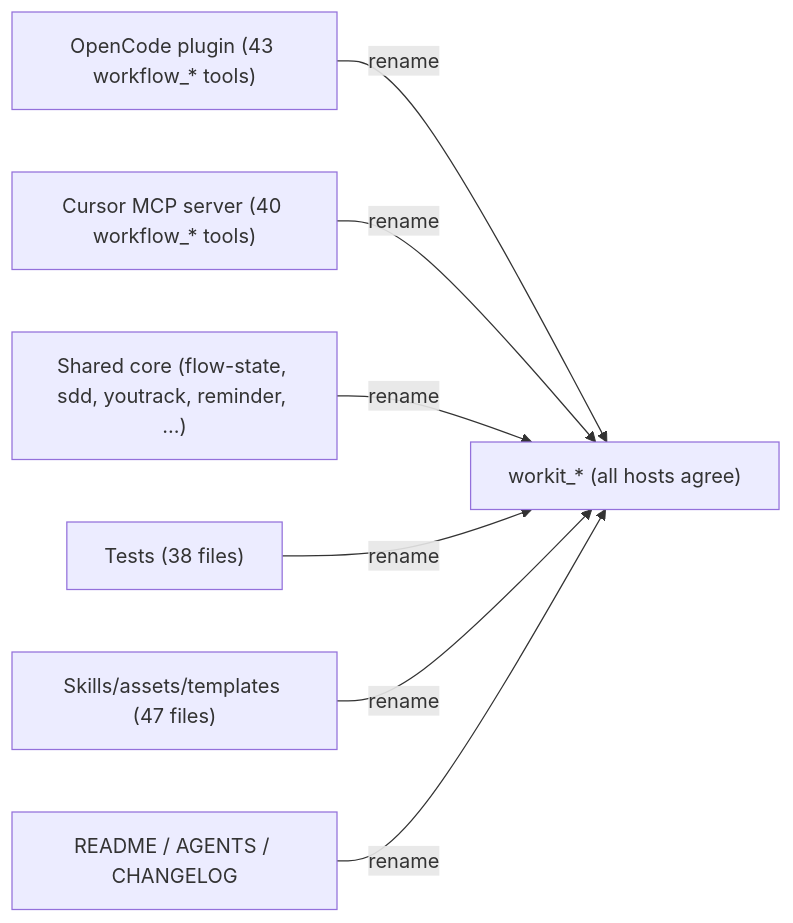
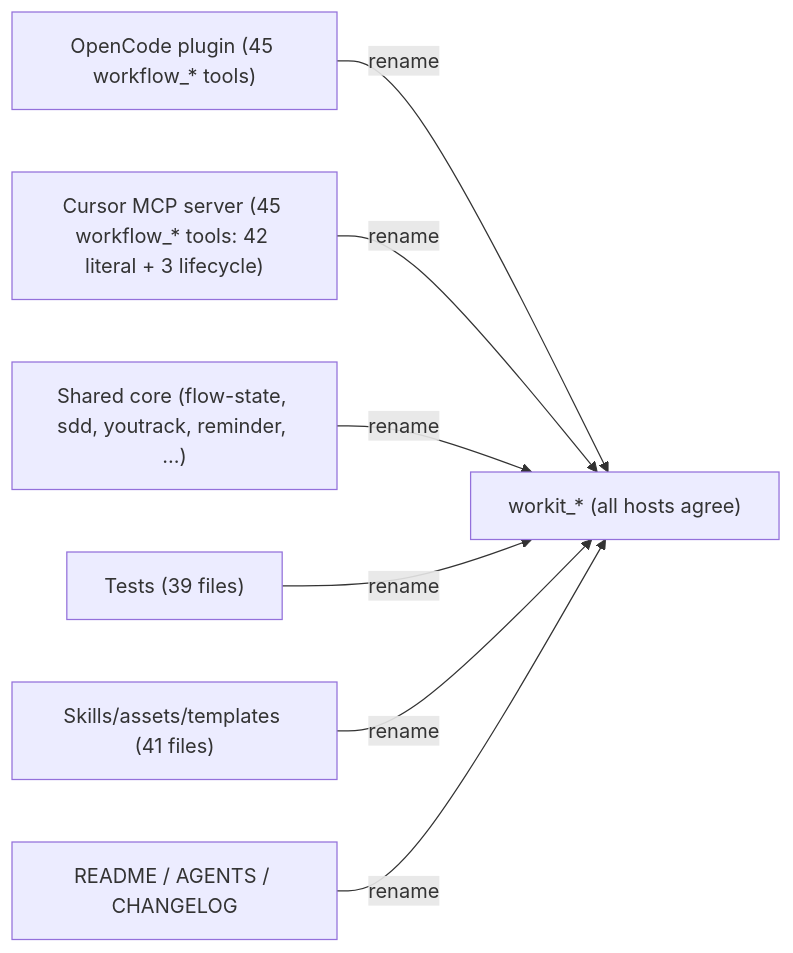
The diagram in docs/workit-tool-rename/spec.md (BrainerVirus/workit), drawn with Mermaid before and after one commit. The commit also changed other lines of this file and 1 other file, not shown here.

Commit message:
docs: refresh workit rename inventory post-#58

````diff
--- a/docs/workit-tool-rename/spec.md
+++ b/docs/workit-tool-rename/spec.md
@@ -30,17 +30,17 @@
 ```mermaid
 flowchart LR
   %% workflow_* -> workit_* tool rename
-  opencode["OpenCode plugin (43 workflow_* tools)"]
-  cursor["Cursor MCP server (40 workflow_* tools)"]
+  opencode["OpenCode plugin (45 workflow_* tools)"]
+  cursor["Cursor MCP server (45 workflow_* tools: 42 literal + 3 lifecycle)"]
   core["Shared core (flow-state, sdd, youtrack, reminder, ...)"]
-  tests["Tests (38 files)"]
-  skills["Skills/assets/templates (47 files)"]
+  tests["Tests (39 files)"]
+  skills["Skills/assets/templates (41 files)"]
   docs["README / AGENTS / CHANGELOG"]
   target["workit_* (all hosts agree)"]
   opencode -->|rename| target
   cursor -->|rename| target
   core -->|rename| target
   tests -->|rename| target
   skills -->|rename| target
   docs -->|rename| target
 ```
````
